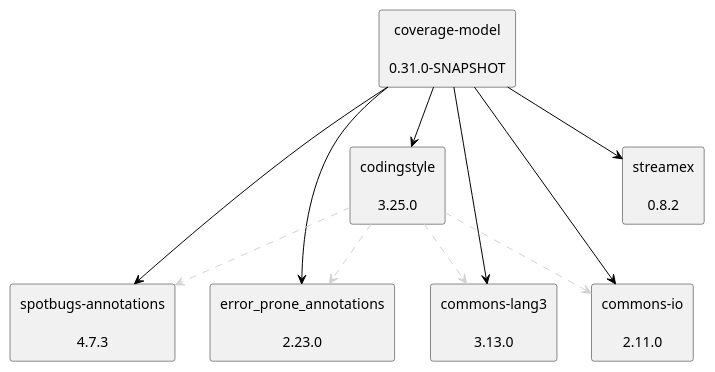
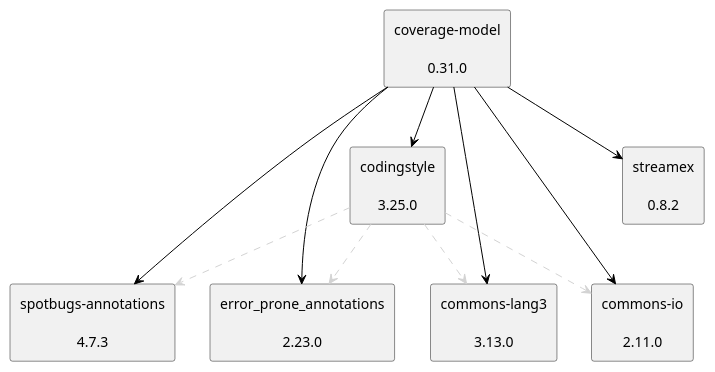
The diagram in doc/dependency-graph.puml (jenkinsci/coverage-model), drawn with PlantUML before and after one commit.

Commit message:
Fix quality gates for all baselines.

```diff
--- a/doc/dependency-graph.puml
+++ b/doc/dependency-graph.puml
@@ -1,26 +1,26 @@
 @startuml
 skinparam defaultTextAlignment center
 skinparam rectangle {
   BackgroundColor<<optional>> beige
   BackgroundColor<<test>> lightGreen
   BackgroundColor<<runtime>> lightBlue
   BackgroundColor<<provided>> lightGray
 }
-rectangle "coverage-model\n\n0.31.0-SNAPSHOT" as edu_hm_hafner_coverage_model_jar
+rectangle "coverage-model\n\n0.31.0" as edu_hm_hafner_coverage_model_jar
 rectangle "spotbugs-annotations\n\n4.7.3" as com_github_spotbugs_spotbugs_annotations_jar
 rectangle "error_prone_annotations\n\n2.23.0" as com_google_errorprone_error_prone_annotations_jar
 rectangle "streamex\n\n0.8.2" as one_util_streamex_jar
 rectangle "codingstyle\n\n3.25.0" as edu_hm_hafner_codingstyle_jar
 rectangle "commons-lang3\n\n3.13.0" as org_apache_commons_commons_lang3_jar
 rectangle "commons-io\n\n2.11.0" as commons_io_commons_io_jar
 edu_hm_hafner_coverage_model_jar -[#000000]-> com_github_spotbugs_spotbugs_annotations_jar
 edu_hm_hafner_coverage_model_jar -[#000000]-> com_google_errorprone_error_prone_annotations_jar
 edu_hm_hafner_coverage_model_jar -[#000000]-> one_util_streamex_jar
 edu_hm_hafner_codingstyle_jar .[#D3D3D3].> com_github_spotbugs_spotbugs_annotations_jar
 edu_hm_hafner_codingstyle_jar .[#D3D3D3].> com_google_errorprone_error_prone_annotations_jar
 edu_hm_hafner_codingstyle_jar .[#D3D3D3].> org_apache_commons_commons_lang3_jar
 edu_hm_hafner_codingstyle_jar .[#D3D3D3].> commons_io_commons_io_jar
 edu_hm_hafner_coverage_model_jar -[#000000]-> edu_hm_hafner_codingstyle_jar
 edu_hm_hafner_coverage_model_jar -[#000000]-> org_apache_commons_commons_lang3_jar
 edu_hm_hafner_coverage_model_jar -[#000000]-> commons_io_commons_io_jar
 @enduml
```
